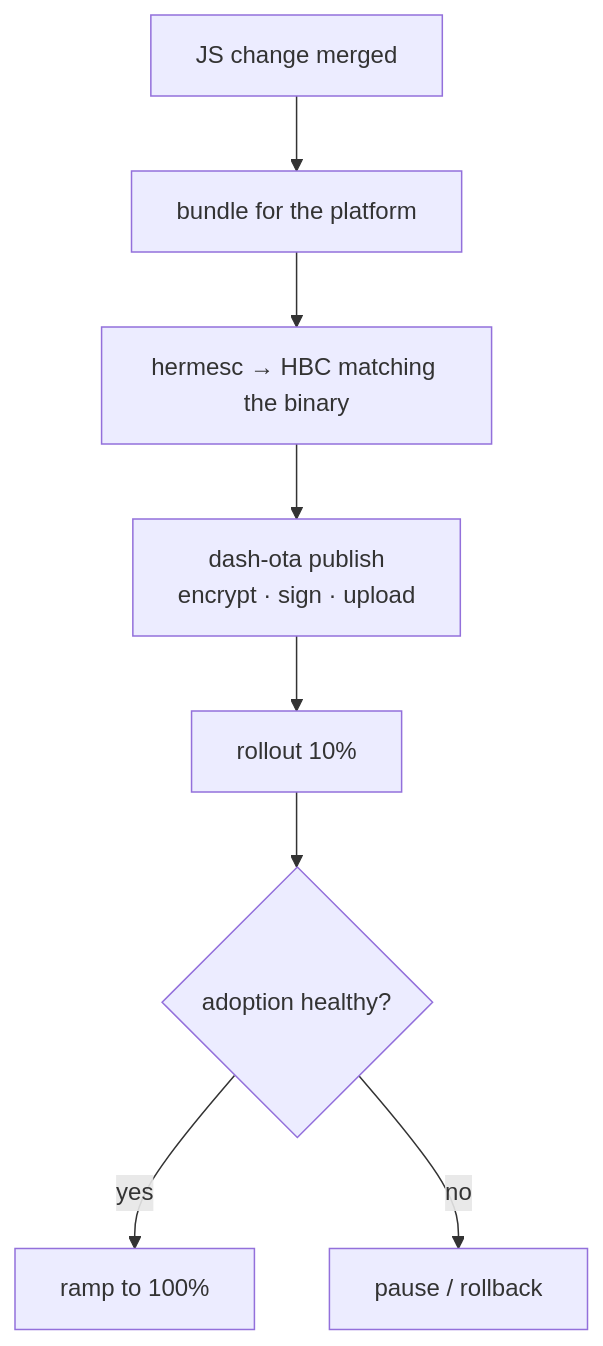
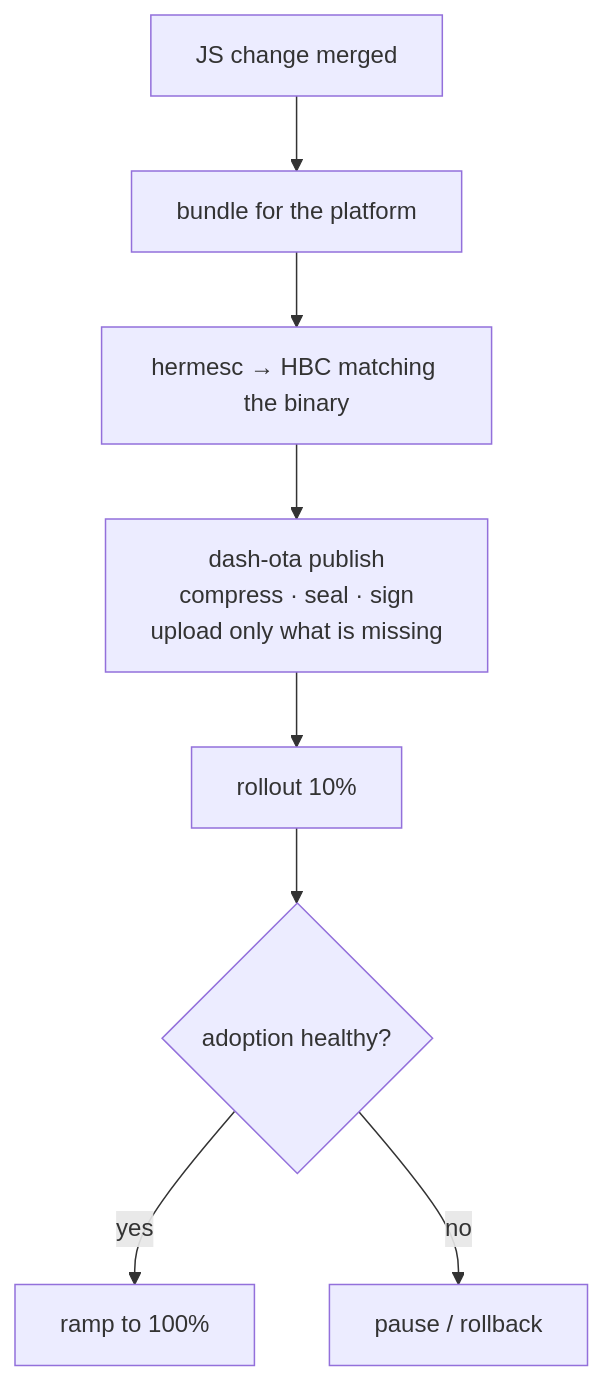
The diagram in website/docs/cli/release-workflow.md (Scripting-Bear/dash-ota), drawn with Mermaid before and after one commit. The commit also changed other lines of this file and 17 other files, not shown here.

````diff
--- a/website/docs/cli/release-workflow.md
+++ b/website/docs/cli/release-workflow.md
@@ -10,10 +10,10 @@
 ```mermaid
 flowchart TB
   A[JS change merged] --> B[bundle for the platform]
   B --> C[hermesc → HBC matching the binary]
-  C --> D[dash-ota publish<br/>encrypt · sign · upload]
+  C --> D[dash-ota publish<br/>compress · seal · sign<br/>upload only what is missing]
   D --> E[rollout 10%]
   E --> F{adoption healthy?}
   F -- yes --> G[ramp to 100%]
   F -- no --> H[pause / rollback]
 ```
````
